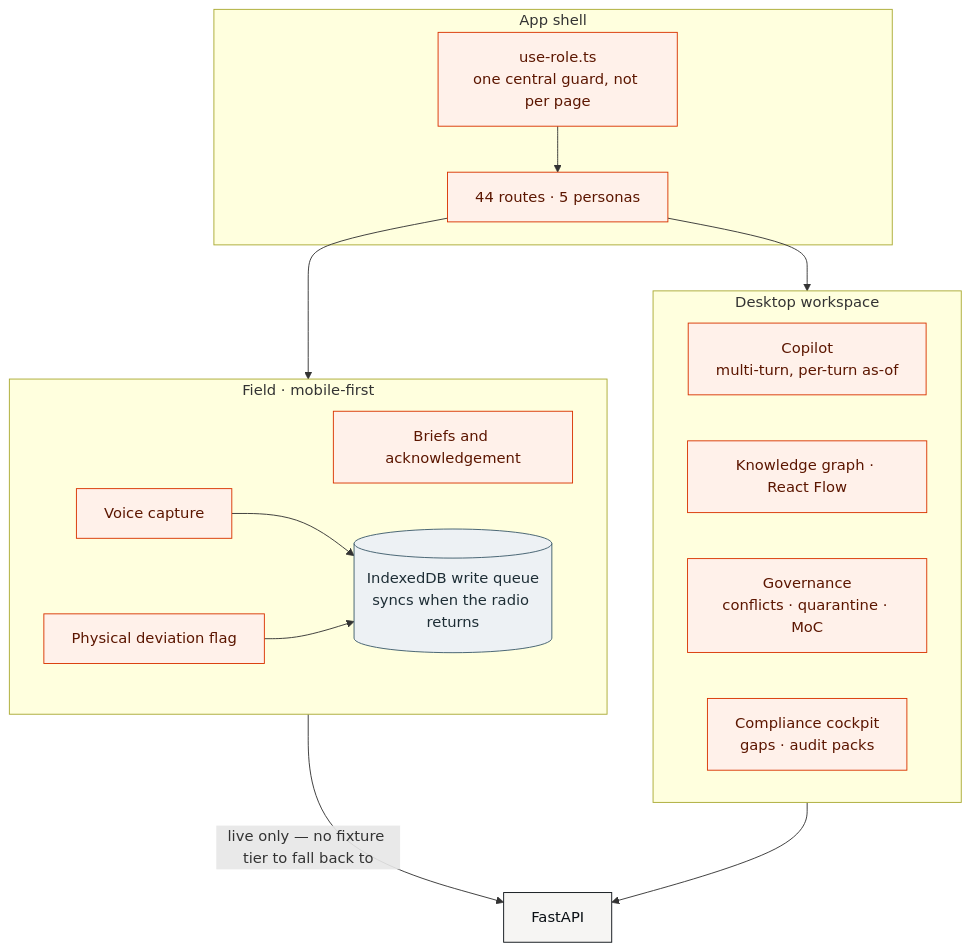
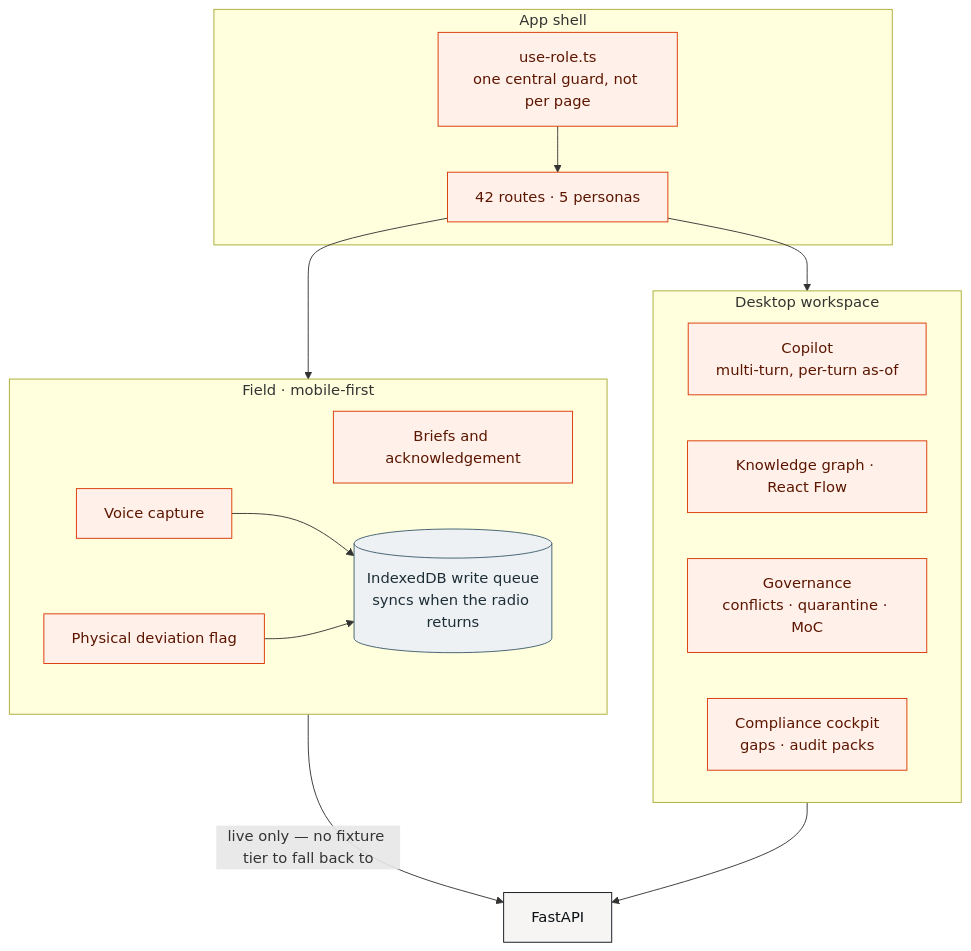
One commit to kr7shnasomani/kairos changed the second of 7 diagrams in docs/DIAGRAMS.md. Above: the diagram before and after it, drawn with Mermaid. The commit also changed 114 other files, not shown here.

````diff
--- a/docs/DIAGRAMS.md
+++ b/docs/DIAGRAMS.md
@@ -98,38 +98,38 @@
 ```mermaid
 flowchart TB
     subgraph SHELL["App shell"]
         ROLE["use-role.ts<br/>one central guard, not per page"]
-        NAV["44 routes · 5 personas"]
+        NAV["42 routes · 5 personas"]
         ROLE --> NAV
     end
 
     subgraph FIELD["Field · mobile-first"]
         BRIEF["Briefs and acknowledgement"]
         VOICE["Voice capture"]
         DEV["Physical deviation flag"]
         QUEUE[("IndexedDB write queue<br/>syncs when the radio returns")]
         VOICE --> QUEUE
         DEV --> QUEUE
     end
 
     subgraph DESK["Desktop workspace"]
         COP["Copilot<br/>multi-turn, per-turn as-of"]
         GRAPH["Knowledge graph · React Flow"]
         GOV["Governance<br/>conflicts · quarantine · MoC"]
         COMP["Compliance cockpit<br/>gaps · audit packs"]
     end
 
     API["FastAPI"]
 
     NAV --> FIELD
     NAV --> DESK
     FIELD -->|"live only — no fixture tier to fall back to"| API
     DESK --> API
 
     classDef edge fill:#fff1ea,stroke:#d93400,color:#5c1600
     classDef core fill:#f6f5f3,stroke:#0b1015,color:#0b1015
     classDef store fill:#edf1f4,stroke:#3e5c6b,color:#1e2e36
     class ROLE,NAV,BRIEF,VOICE,DEV,COP,GRAPH,GOV,COMP edge
     class QUEUE store
     class API core
 ```
````
